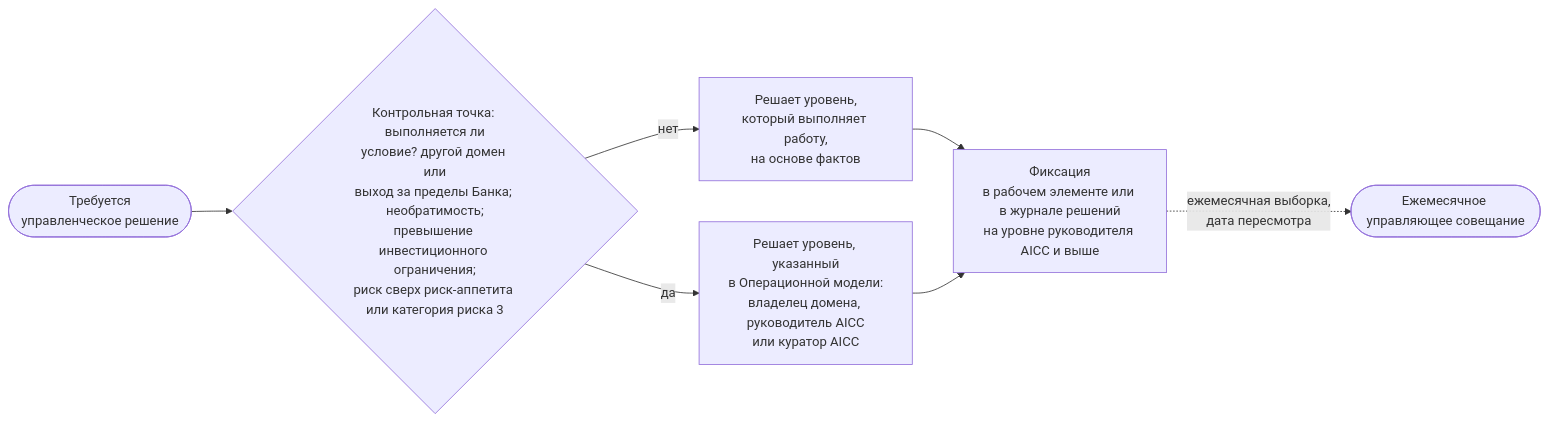
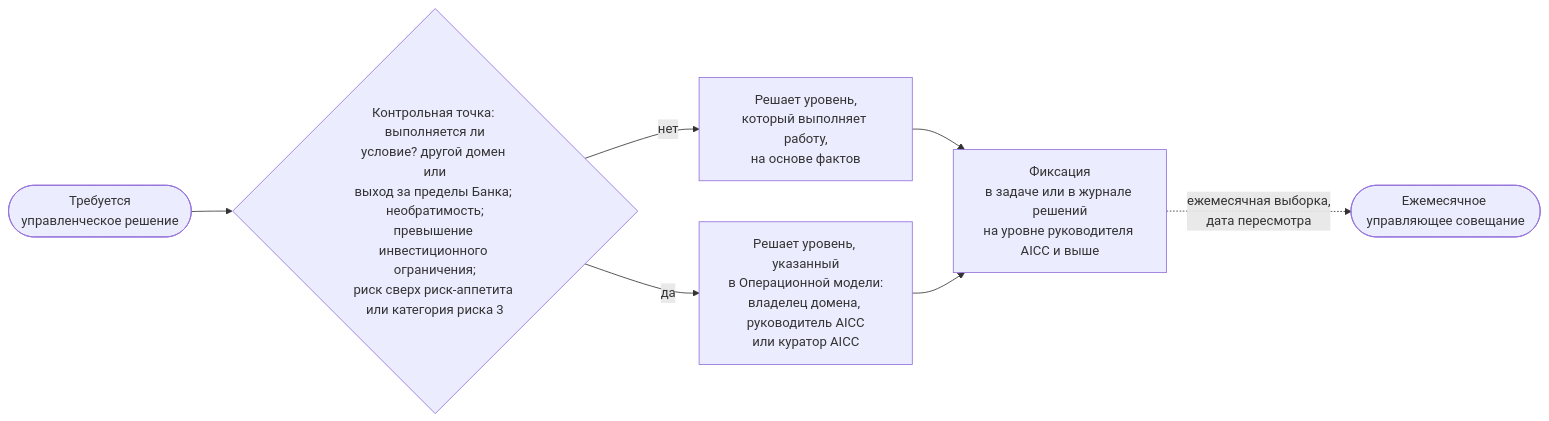
Before and after one commit to devhogu/ob-aicc: the diagram in portal/content/ru/governance/decisions-and-escalation.md, drawn with Mermaid. The commit also changed other lines of this file and 150 other files, not shown here.

````diff
--- a/portal/content/ru/governance/decisions-and-escalation.md
+++ b/portal/content/ru/governance/decisions-and-escalation.md
@@ -24,9 +24,9 @@
 ```mermaid
 flowchart LR
   D(["Требуется<br/>управленческое решение"]) --> Q{"Контрольная точка: выполняется ли<br/>условие? другой домен или<br/>выход за пределы Банка; необратимость;<br/>превышение инвестиционного ограничения;<br/>риск сверх риск-аппетита или категория риска 3"}
   Q -->|"нет"| L["Решает уровень,<br/>который выполняет работу,<br/>на основе фактов"]
   Q -->|"да"| U["Решает уровень, указанный<br/>в Операционной модели:<br/>владелец домена, руководитель AICC<br/>или куратор AICC"]
-  L --> R["Фиксация<br/>в рабочем элементе или в журнале решений<br/>на уровне руководителя AICC и выше"]
+  L --> R["Фиксация<br/>в задаче или в журнале решений<br/>на уровне руководителя AICC и выше"]
   U --> R
   R -.->|"ежемесячная выборка,<br/>дата пересмотра"| S(["Ежемесячное управляющее совещание"])
 ```
````
